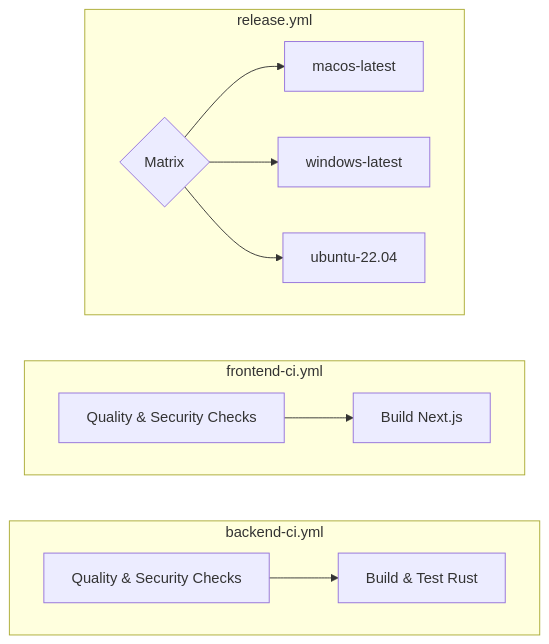
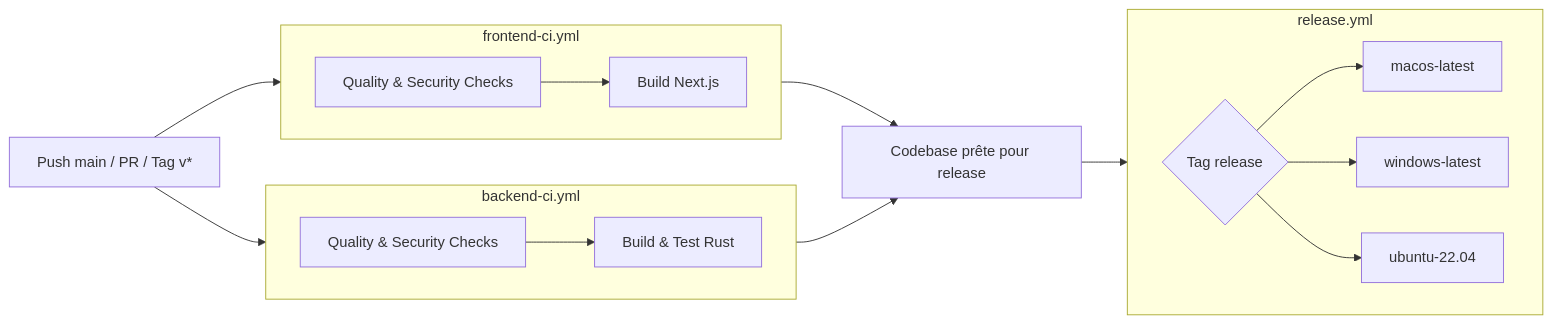
One commit to florian-billon/voisins-connect changed the fourth of 4 diagrams in README.md. Above: the diagram before and after it, drawn with Mermaid. The commit also changed other lines of this file and 5 other files, not shown here.

Commit message:
Align websocket schema and docs

````diff
--- a/README.md
+++ b/README.md
@@ -518,19 +615,28 @@
 ```mermaid
 flowchart LR
+    Trigger[Push main / PR / Tag v*]
+
     subgraph Backend_CI [backend-ci.yml]
         direction LR
         B1[Quality & Security Checks] --> B2[Build & Test Rust]
     end
 
     subgraph Frontend_CI [frontend-ci.yml]
         direction LR
         F1[Quality & Security Checks] --> F2[Build Next.js]
     end
 
+    Trigger --> B1
+    Trigger --> F1
+    B2 --> Ready[Codebase prête pour release]
+    F2 --> Ready
+
     subgraph Release_Matrix [release.yml]
         direction LR
-        Matrix{Matrix} --> M_Mac[macos-latest]
+        Matrix{Tag release} --> M_Mac[macos-latest]
         Matrix --> M_Win[windows-latest]
         Matrix --> M_Lin[ubuntu-22.04]
     end
+
+    Ready --> Matrix
 ```
````
